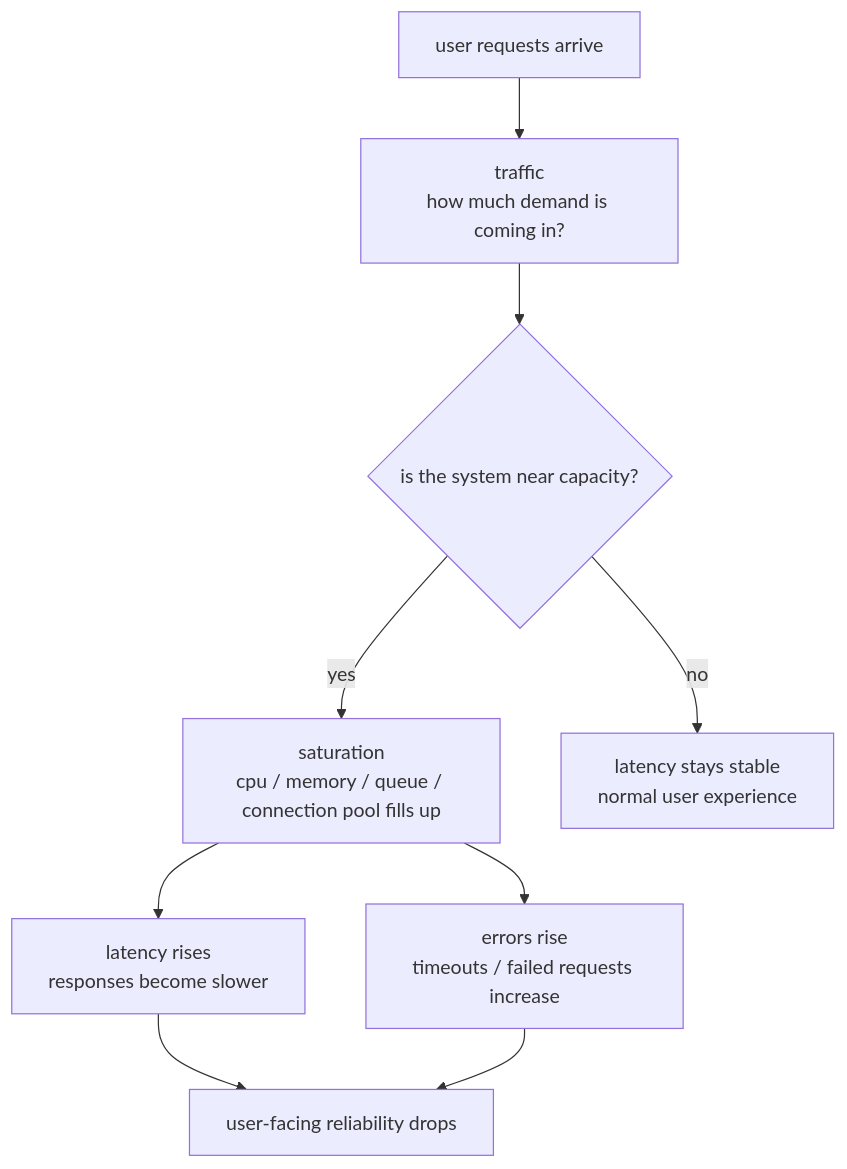
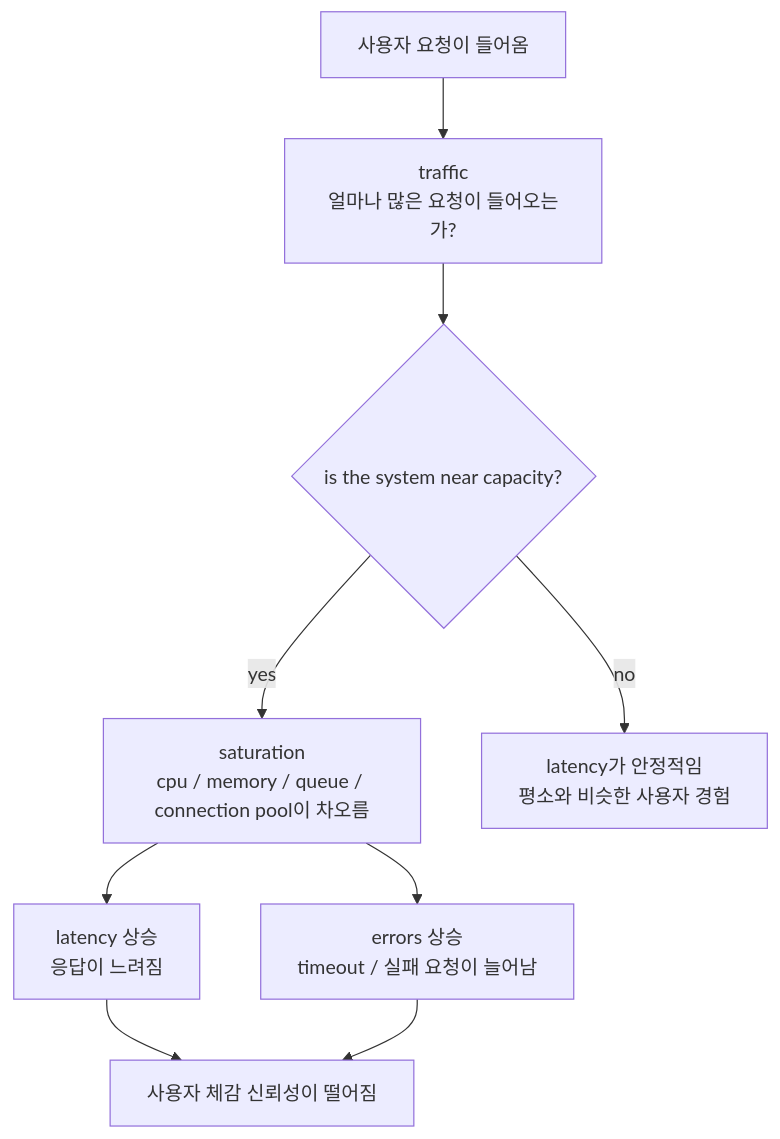
One commit to devchan64/AiBook changed the third of 4 diagrams in docs/parts/part-04/chapter-06/section-03.md. Above: the diagram before and after it, drawn with Mermaid. The commit also changed other lines of this file and 72 other files, not shown here.

````diff
--- a/docs/parts/part-04/chapter-06/section-03.md
+++ b/docs/parts/part-04/chapter-06/section-03.md
@@ -199,20 +199,20 @@
 ```mermaid
 flowchart TD
-  A["user requests arrive"]
-  B["traffic<br/>how much demand is coming in?"]
+  A["사용자 요청이 들어옴"]
+  B["traffic<br/>얼마나 많은 요청이 들어오는가?"]
   C{"is the system near capacity?"}
-  D["saturation<br/>cpu / memory / queue / connection pool fills up"]
-  E["latency rises<br/>responses become slower"]
-  F["errors rise<br/>timeouts / failed requests increase"]
-  G["user-facing reliability drops"]
-  H["latency stays stable<br/>normal user experience"]
+  D["saturation<br/>cpu / memory / queue / connection pool이 차오름"]
+  E["latency 상승<br/>응답이 느려짐"]
+  F["errors 상승<br/>timeout / 실패 요청이 늘어남"]
+  G["사용자 체감 신뢰성이 떨어짐"]
+  H["latency가 안정적임<br/>평소와 비슷한 사용자 경험"]
 
   A --> B
   B --> C
   C -->|yes| D
   D --> E
   D --> F
   E --> G
   F --> G
   C -->|no| H
 ```
````
